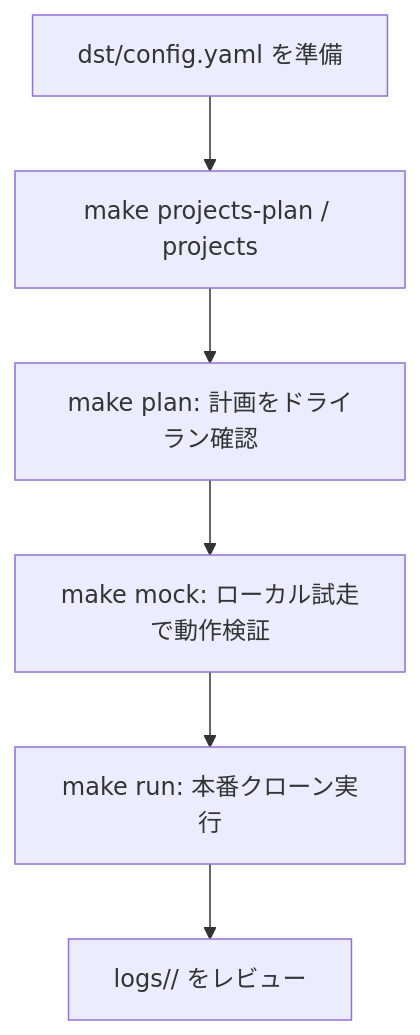
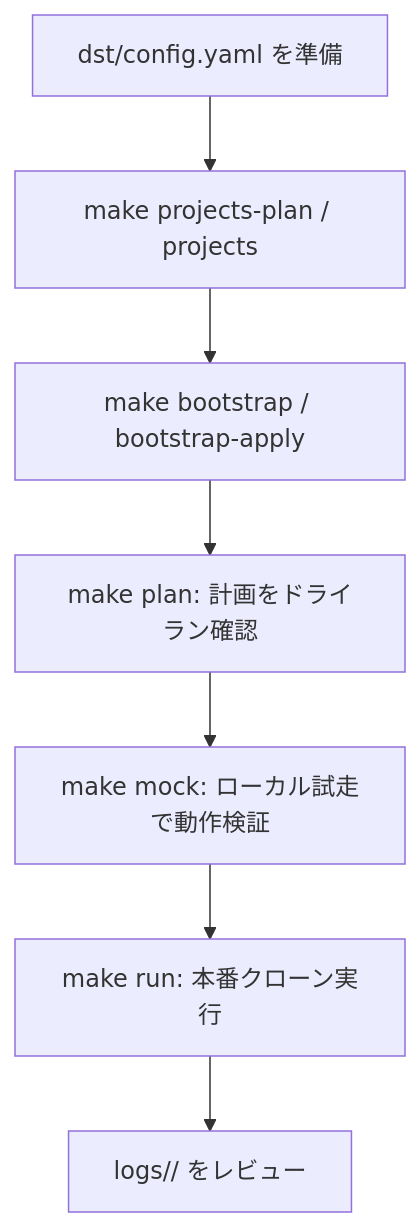
Before and after one commit to shin5ok/gcp-copy-allenv: the diagram in README.md, drawn with Mermaid. The commit also changed other lines of this file and 2 other files, not shown here.

First line of the commit message:
feat: dst 側ブートストラップを make ターゲット化（SA 事前チェックの案内も追加）

````diff
--- a/README.md
+++ b/README.md
@@ -113,8 +138,9 @@
 ```mermaid
 graph TD
     A[dst/config.yaml を準備] --> B[make projects-plan / projects]
-    B --> C[make plan: 計画をドライラン確認]
+    B --> B2[make bootstrap / bootstrap-apply]
+    B2 --> C[make plan: 計画をドライラン確認]
     C --> D[make mock: ローカル試走で動作検証]
     D --> E[make run: 本番クローン実行]
     E --> F[logs/<timestamp>/ をレビュー]
 ```
````
